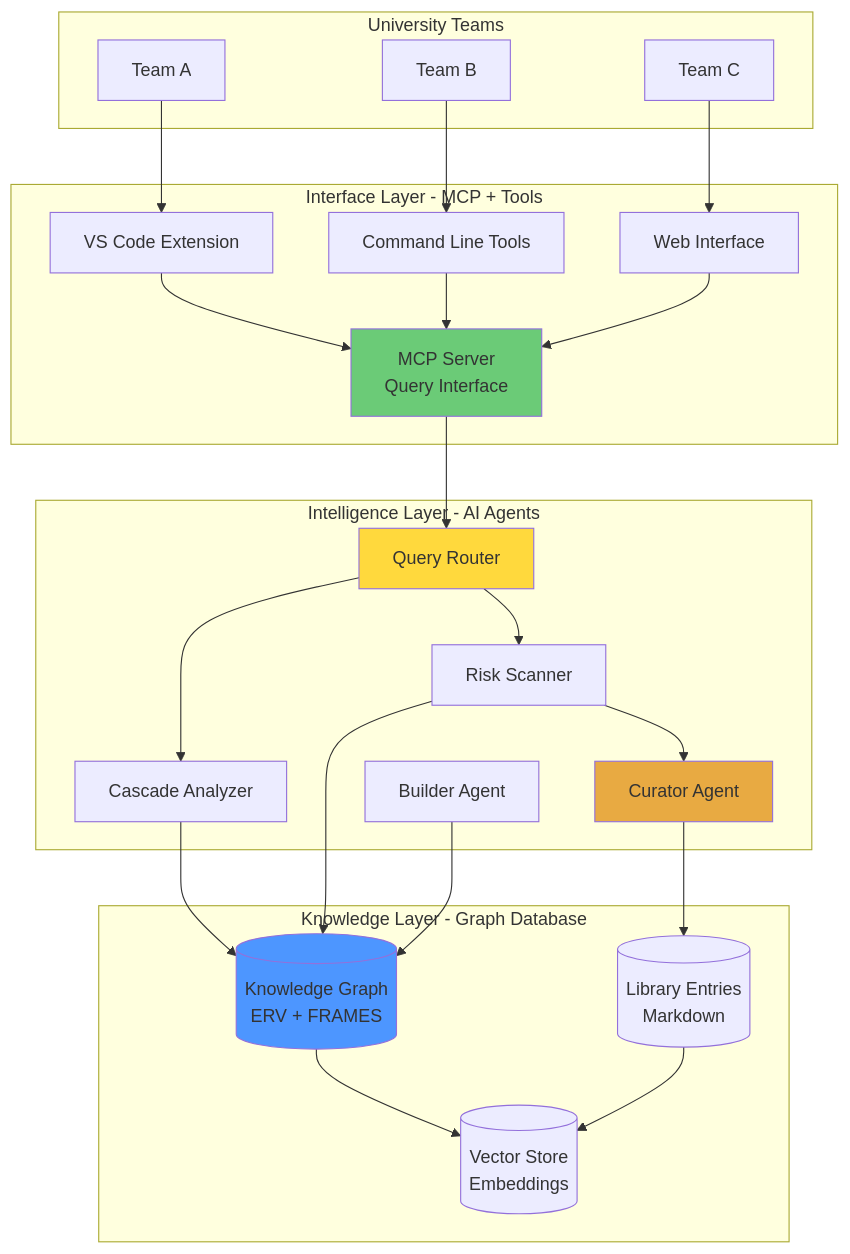
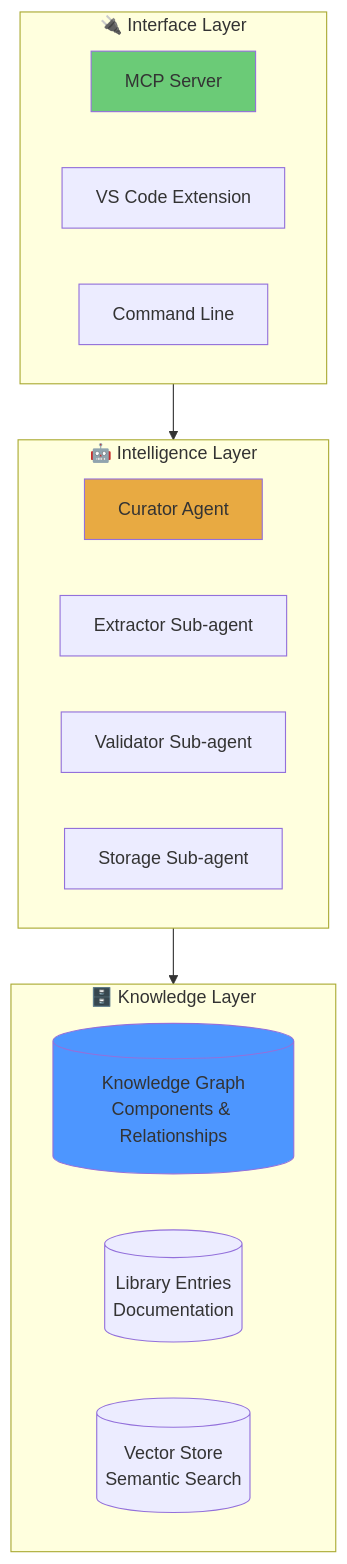
Before and after one commit to Lizo-RoadTown/proveskit-agent: the first of 5 diagrams in pages/architecture.md, drawn with Mermaid. The commit also changed other lines of this file and 7 other files, not shown here.

First line of the commit message:
Update all pages to reflect LangGraph + Claude architecture

````diff
--- a/pages/architecture.md
+++ b/pages/architecture.md
@@ -18,55 +22,28 @@
 ```mermaid
 graph TB
-    subgraph Layer1[Knowledge Layer - Graph Database]
-        Graph[(Knowledge Graph<br/>ERV + FRAMES)]
-        Library[(Library Entries<br/>Markdown)]
-        Vector[(Vector Store<br/>Embeddings)]
+    subgraph Layer1[🗄️ Knowledge Layer]
+        Graph[(Knowledge Graph<br/>Components & Relationships)]
+        Library[(Library Entries<br/>Documentation)]
+        Vectors[(Vector Store<br/>Semantic Search)]
     end
 
-    subgraph Layer2[Intelligence Layer - AI Agents]
-        Router[Query Router]
-        Cascade[Cascade Analyzer]
+    subgraph Layer2[🤖 Intelligence Layer]
         Curator[Curator Agent]
-        Builder[Builder Agent]
-        Scanner[Risk Scanner]
+        Extractor[Extractor Sub-agent]
+        Validator[Validator Sub-agent]
+        Storage[Storage Sub-agent]
     end
 
-    subgraph Layer3[Interface Layer - MCP + Tools]
-        MCP[MCP Server<br/>Query Interface]
+    subgraph Layer3[🔌 Interface Layer]
+        MCP[MCP Server]
         VSCode[VS Code Extension]
-        CLI[Command Line Tools]
-        Web[Web Interface]
+        CLI[Command Line]
     end
 
-    subgraph Users[University Teams]
-        Team1[Team A]
-        Team2[Team B]
-        Team3[Team C]
-    end
-
-    Team1 --> VSCode
-    Team2 --> CLI
-    Team3 --> Web
-
-    VSCode --> MCP
-    CLI --> MCP
-    Web --> MCP
-
-    MCP --> Router
-    Router --> Cascade
-    Router --> Scanner
-    Cascade --> Graph
-    Scanner --> Graph
-
-    Curator --> Library
-    Builder --> Graph
-    Scanner --> Curator
-
-    Graph --> Vector
-    Library --> Vector
+    Layer3 --> Layer2
+    Layer2 --> Layer1
 
     style Graph fill:#4D96FF
+    style Curator fill:#E8AA42
     style MCP fill:#6BCB77
-    style Router fill:#FFD93D
-    style Curator fill:#E8AA42
 ```
````
